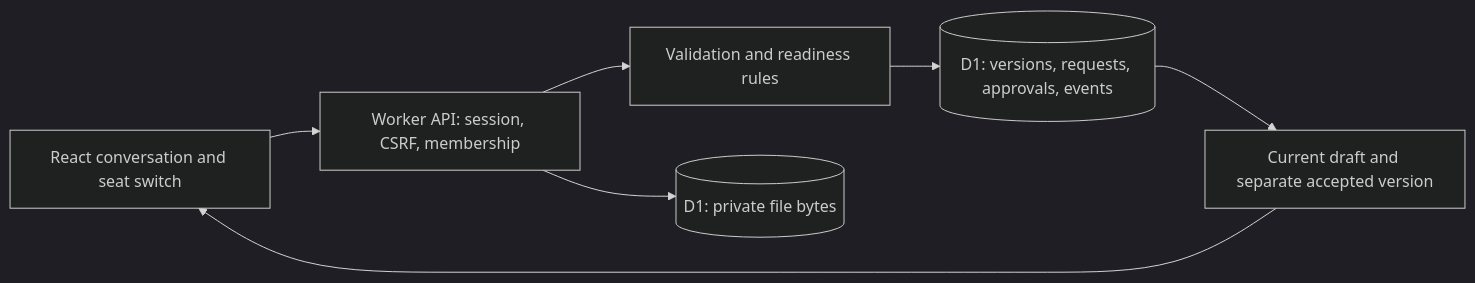
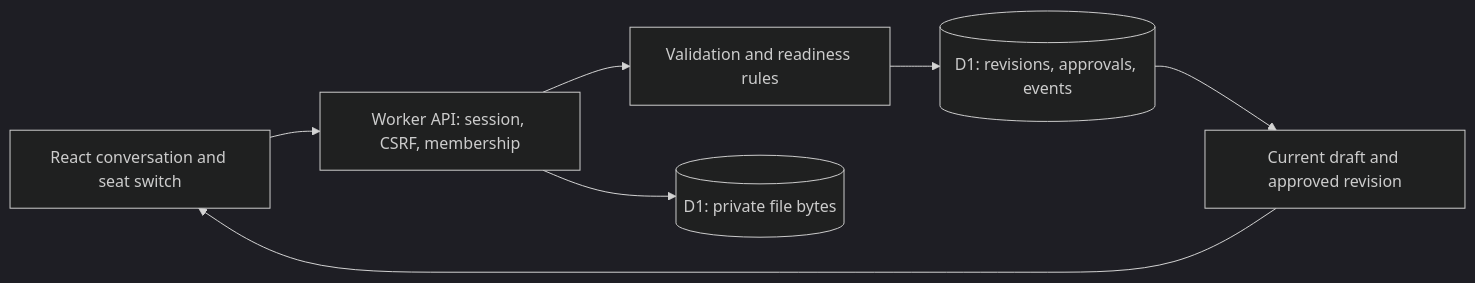
The diagram in README.md (mosalah-77/onboarding-portal), drawn with Mermaid (dark theme) before and after one commit. The commit also changed other lines of this file and 20 other files, not shown here.

````diff
--- a/README.md
+++ b/README.md
@@ -77,9 +39,9 @@
 ```mermaid
 flowchart LR
   UI[React conversation and seat switch] --> API[Worker API: session, CSRF, membership]
   API --> RULES[Validation and readiness rules]
-  RULES --> SQL[(D1: versions, requests, approvals, events)]
+  RULES --> SQL[(D1: revisions, approvals, events)]
   API --> FILES[(D1: private file bytes)]
-  SQL --> VIEW[Current draft and separate accepted version]
+  SQL --> VIEW[Current draft and approved revision]
   VIEW --> UI
 ```
````
